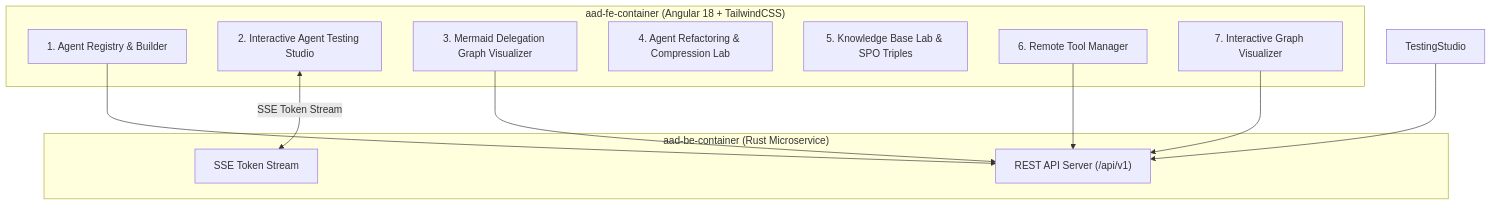
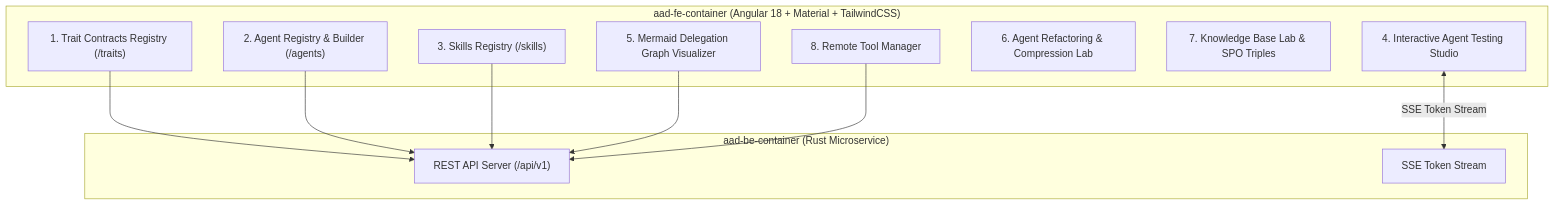
Before and after one commit to PolecatWorks/agent-as-data: the diagram in spec/prds/agent-ui-testing-kit-prd.md, drawn with Mermaid. The commit also changed other lines of this file and 1 other file, not shown here.

````diff
--- a/spec/prds/agent-ui-testing-kit-prd.md
+++ b/spec/prds/agent-ui-testing-kit-prd.md
@@ -14,24 +14,25 @@
 ```mermaid
 graph TD
-    subgraph Frontend ["aad-fe-container (Angular 18 + TailwindCSS)"]
-        RegistryView["1. Agent Registry & Builder"]
-        TestingKit["2. Interactive Agent Testing Studio"]
-        NetworkGraph["3. Mermaid Delegation Graph Visualizer"]
-        RefactorStudio["4. Agent Refactoring & Compression Lab"]
-        KnowledgeLab["5. Knowledge Base Lab & SPO Triples"]
-        ToolManager["6. Remote Tool Manager"]
-        Visualizer["7. Interactive Graph Visualizer"]
+    subgraph Frontend ["aad-fe-container (Angular 18 + Material + TailwindCSS)"]
+        TraitRegistry["1. Trait Contracts Registry (/traits)"]
+        AgentRegistry["2. Agent Registry & Builder (/agents)"]
+        SkillsRegistry["3. Skills Registry (/skills)"]
+        TestingKit["4. Interactive Agent Testing Studio"]
+        NetworkGraph["5. Mermaid Delegation Graph Visualizer"]
+        RefactorStudio["6. Agent Refactoring & Compression Lab"]
+        KnowledgeLab["7. Knowledge Base Lab & SPO Triples"]
+        ToolManager["8. Remote Tool Manager"]
     end
 
     subgraph Backend ["aad-be-container (Rust Microservice)"]
         REST["REST API Server (/api/v1)"]
         SSE["SSE Token Stream"]
     end
 
-    RegistryView --> REST
+    TraitRegistry --> REST
+    AgentRegistry --> REST
+    SkillsRegistry --> REST
     TestingKit <-->|SSE Token Stream| SSE
     NetworkGraph --> REST
-    TestingStudio --> REST
     ToolManager --> REST
-    Visualizer --> REST
 ```
````
